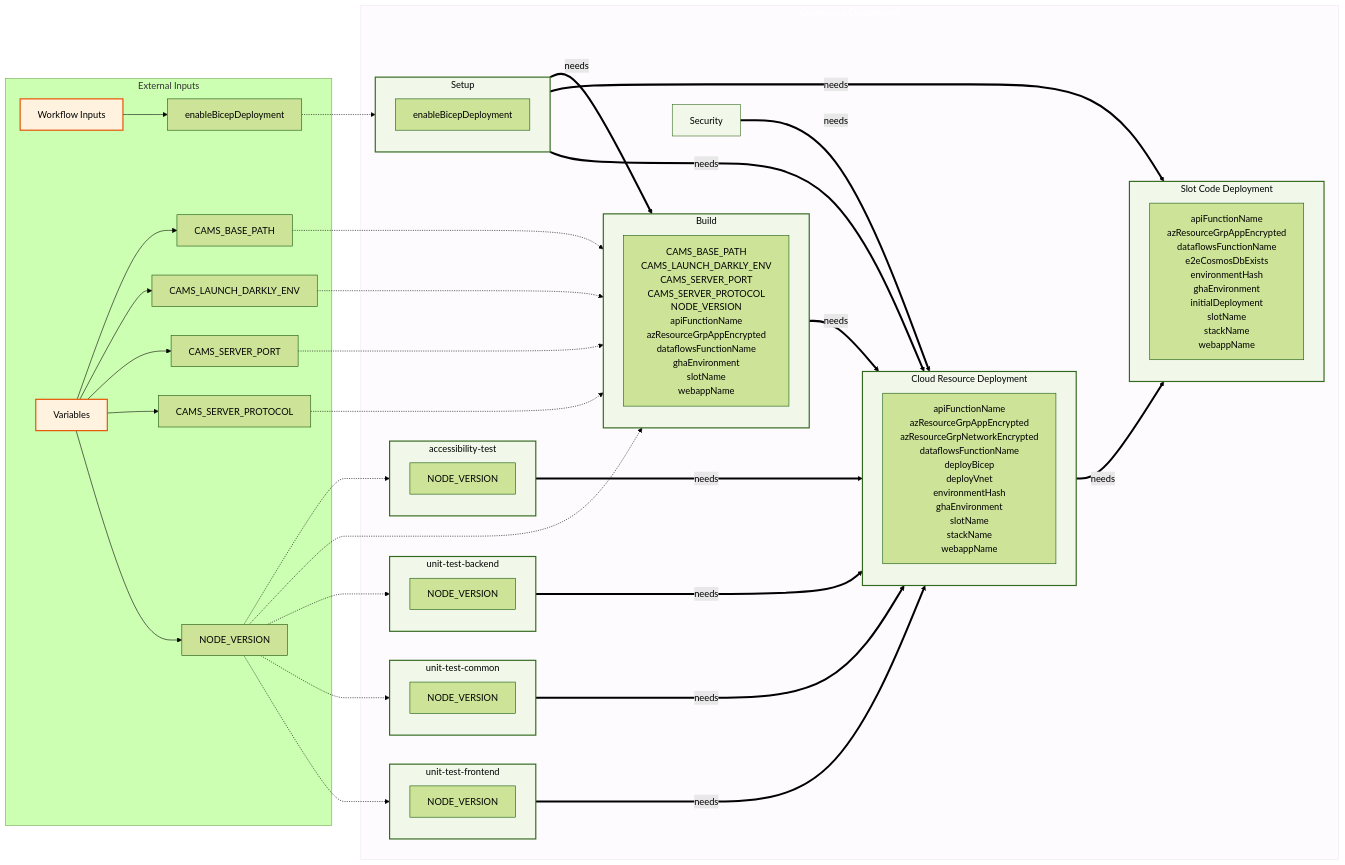
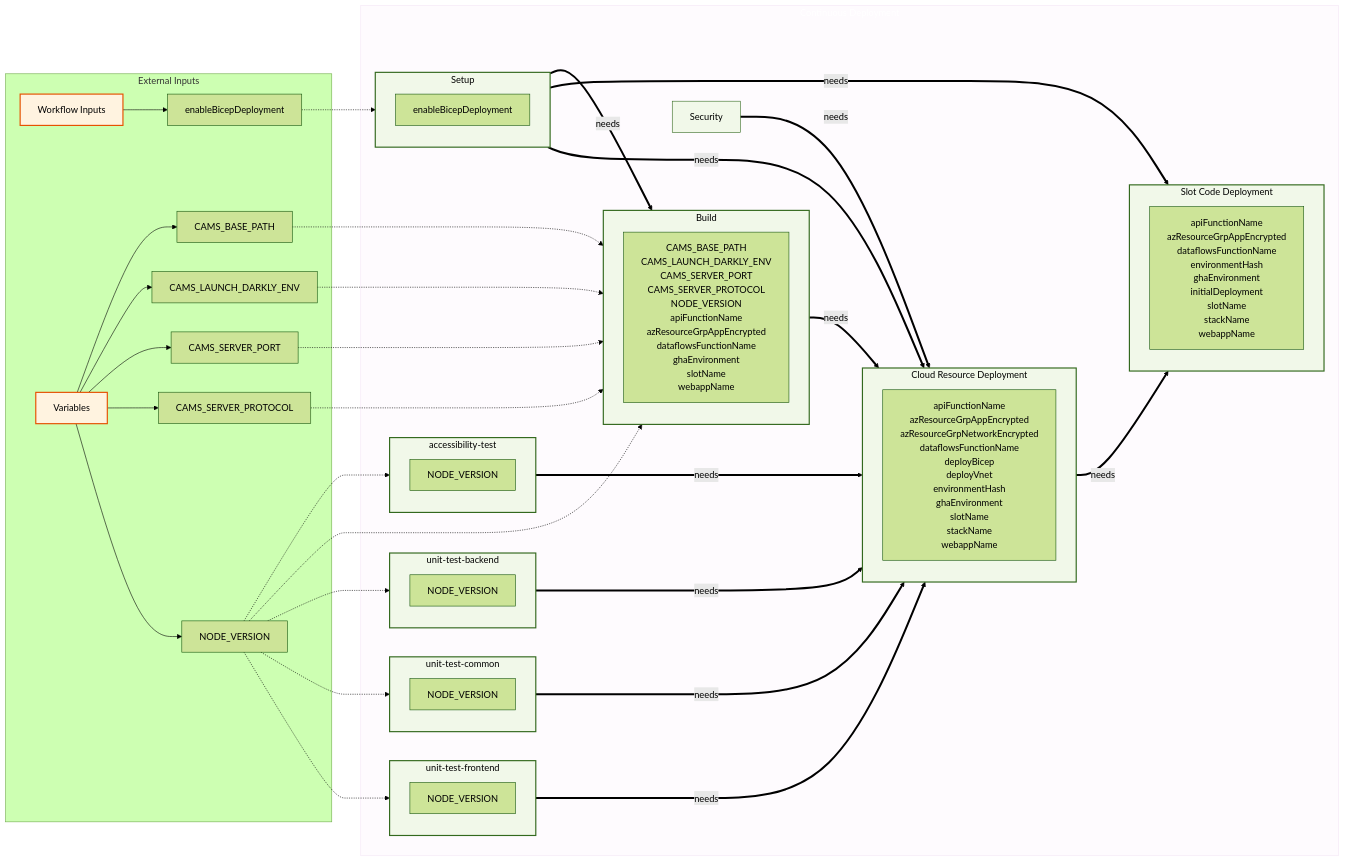
The seventh of 22 diagrams in docs/operations/workflow-diagram.md (US-Trustee-Program/Bankruptcy-Oversight-Support-Systems), drawn with Mermaid (forest theme) before and after one commit. The commit also changed other lines of this file and 9 other files, not shown here.

```diff
--- a/docs/operations/workflow-diagram.md
+++ b/docs/operations/workflow-diagram.md
@@ -297,11 +297,11 @@
         Workflow_Inputs["Workflow Inputs"]
         Workflow_Inputs_enableBicepDeployment["enableBicepDeployment"]
         Variables["Variables"]
-        Variables_CAMS_SERVER_PROTOCOL["CAMS_SERVER_PROTOCOL"]
+        Variables_CAMS_LAUNCH_DARKLY_ENV["CAMS_LAUNCH_DARKLY_ENV"]
         Variables_NODE_VERSION["NODE_VERSION"]
         Variables_CAMS_BASE_PATH["CAMS_BASE_PATH"]
         Variables_CAMS_SERVER_PORT["CAMS_SERVER_PORT"]
-        Variables_CAMS_LAUNCH_DARKLY_ENV["CAMS_LAUNCH_DARKLY_ENV"]
+        Variables_CAMS_SERVER_PROTOCOL["CAMS_SERVER_PROTOCOL"]
     end
 
     subgraph continuous_deployment_workflow["Continuous Deployment"]
@@ -328,7 +328,7 @@
             deploy_vars["apiFunctionName<br/>azResourceGrpAppEncrypted<br/>azResourceGrpNetworkEncrypted<br/>dataflowsFunctionName<br/>deployBicep<br/>deployVnet<br/>environmentHash<br/>ghaEnvironment<br/>slotName<br/>stackName<br/>webappName"]
         end
         subgraph deploy_code_slot_subgraph["Slot Code Deployment"]
-            deploy_code_slot_vars["apiFunctionName<br/>azResourceGrpAppEncrypted<br/>dataflowsFunctionName<br/>e2eCosmosDbExists<br/>environmentHash<br/>ghaEnvironment<br/>initialDeployment<br/>slotName<br/>stackName<br/>webappName"]
+            deploy_code_slot_vars["apiFunctionName<br/>azResourceGrpAppEncrypted<br/>dataflowsFunctionName<br/>environmentHash<br/>ghaEnvironment<br/>initialDeployment<br/>slotName<br/>stackName<br/>webappName"]
         end
     end
 
```
